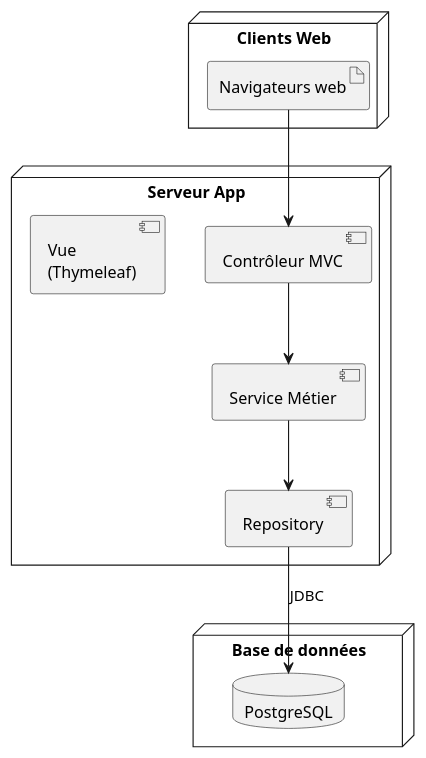
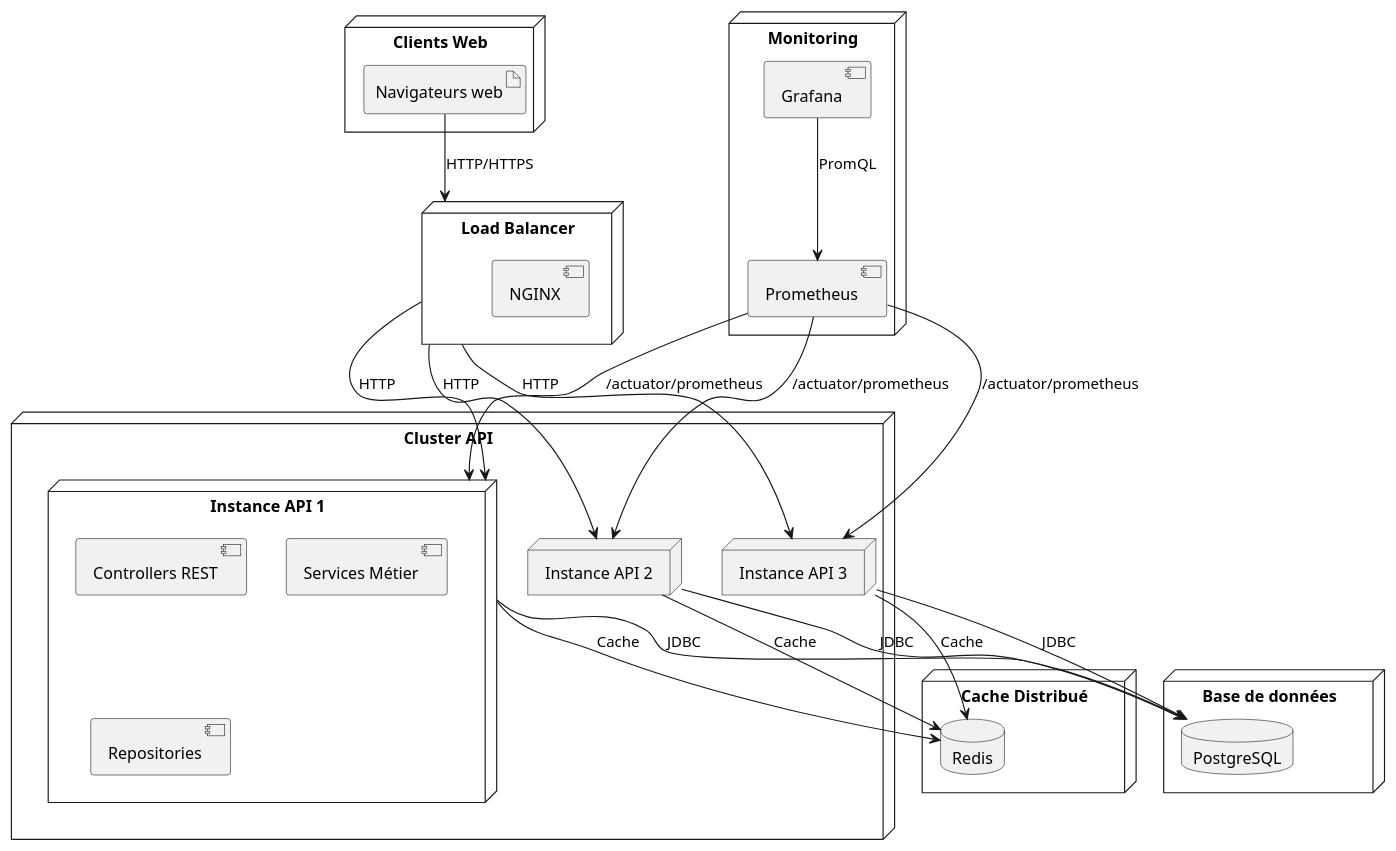
Before and after one commit to Anass1707/LOG430-labos: the diagram in docs/UML/diagrammeDeploiement-3-tiers.puml, drawn with PlantUML. The commit also changed 8 other files, not shown here.

Commit message:
ajout de redis pour la cache et maj des diagrammes

```diff
--- a/docs/UML/diagrammeDeploiement-3-tiers.puml
+++ b/docs/UML/diagrammeDeploiement-3-tiers.puml
@@ -1,21 +1,62 @@
 @startuml
 
 node "Clients Web" {
   artifact "Navigateurs web"
 }
-node "Serveur App" {
-  component "Contrôleur MVC"
-  component "Service Métier"
-  component "Repository"
-  component "Vue\n(Thymeleaf)"
+
+node "Load Balancer" as lb {
+  component "NGINX"
+}
+
+node "Cluster API" {
+  node "Instance API 1" {
+    component "Controllers REST"
+    component "Services Métier"
+    component "Repositories"
+  }
+  node "Instance API 2" {
+    component "Controllers REST"
+    component "Services Métier"
+    component "Repositories"
+  }
+  node "Instance API 3" {
+    component "Controllers REST"
+    component "Services Métier"
+    component "Repositories"
+  }
+}
+
+node "Cache Distribué" {
+  database "Redis"
 }
 
 node "Base de données" {
   database "PostgreSQL"
 }
 
-"Navigateurs web" --> "Contrôleur MVC"
-"Contrôleur MVC" --> "Service Métier"
-"Service Métier" --> "Repository"
-"Repository" --> "PostgreSQL" : JDBC
+node "Monitoring" {
+  component "Prometheus"
+  component "Grafana"
+}
+
+"Navigateurs web" --> lb : HTTP/HTTPS
+
+"Grafana" --> "Prometheus" : PromQL
+
+lb --> "Instance API 1" : HTTP
+lb --> "Instance API 2" : HTTP
+lb --> "Instance API 3" : HTTP
+
+"Instance API 1" --> "Redis" : Cache
+"Instance API 2" --> "Redis" : Cache
+"Instance API 3" --> "Redis" : Cache
+
+"Instance API 1" --> "PostgreSQL" : JDBC
+"Instance API 2" --> "PostgreSQL" : JDBC
+"Instance API 3" --> "PostgreSQL" : JDBC
+
+"Prometheus" --> "Instance API 1" : /actuator/prometheus
+"Prometheus" --> "Instance API 2" : /actuator/prometheus
+"Prometheus" --> "Instance API 3" : /actuator/prometheus
+
 @enduml
```
